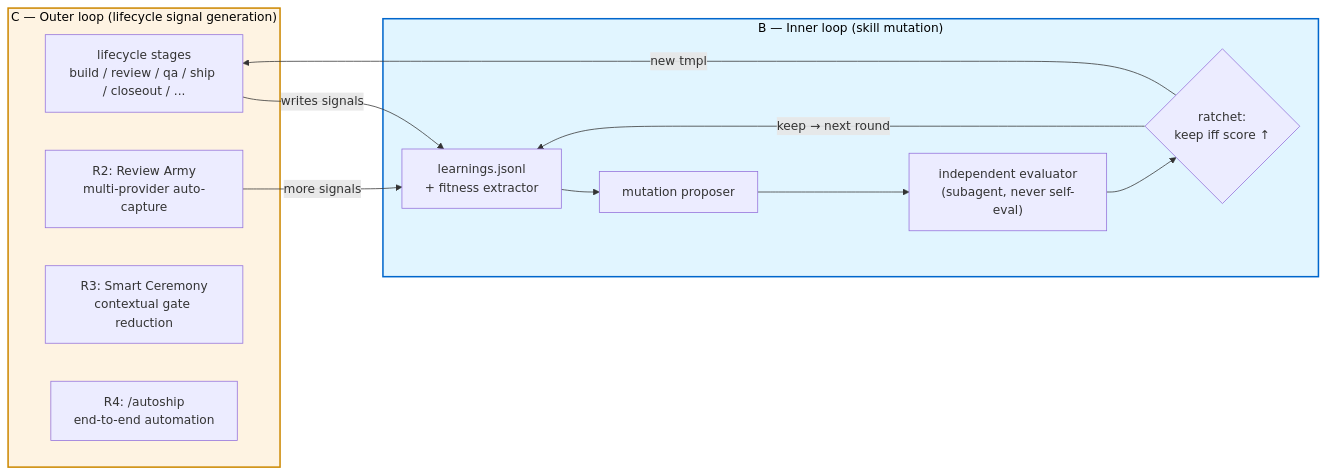
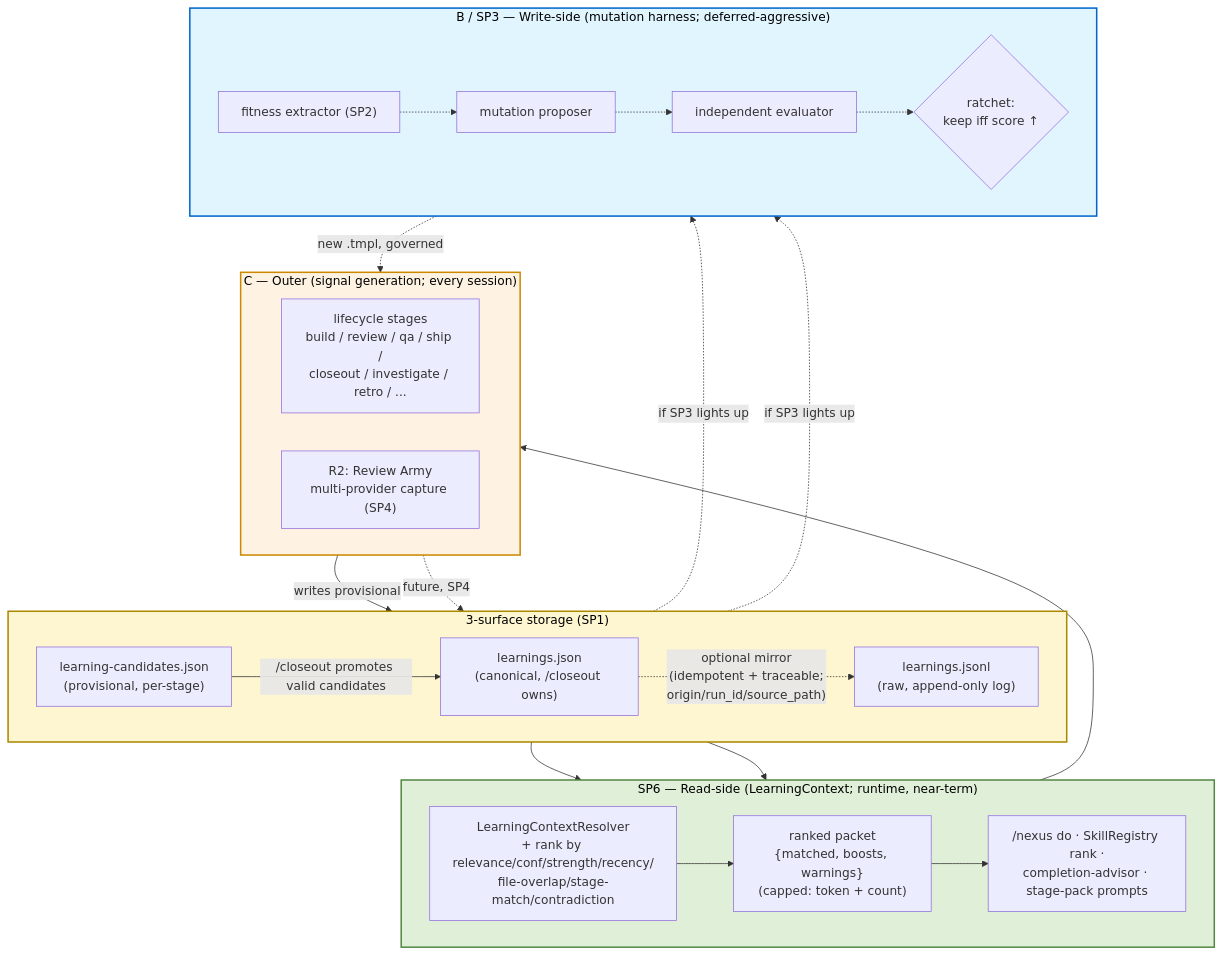
Before and after one commit to LaPaGaYo/nexus: the diagram in docs/designs/SELF_LEARNING_V1_META.md, drawn with Mermaid. The commit also changed other lines of this file, not shown here.

First line of the commit message:
docs(designs): V1_META v2 — absorb glaocon V1 feedback (5 issues + roadmap)

````diff
--- a/docs/designs/SELF_LEARNING_V1_META.md
+++ b/docs/designs/SELF_LEARNING_V1_META.md
@@ -30,29 +32,53 @@
 ```mermaid
-flowchart LR
-    subgraph Outer["C — Outer loop (lifecycle signal generation)"]
-        Stages["lifecycle stages<br/>build / review / qa / ship / closeout / ..."]
-        AutoCap["R2: Review Army<br/>multi-provider auto-capture"]
-        Smart["R3: Smart Ceremony<br/>contextual gate reduction"]
-        Auto["R4: /autoship<br/>end-to-end automation"]
+flowchart TB
+    subgraph C_Outer["C — Outer (signal generation; every session)"]
+        direction LR
+        Stages["lifecycle stages<br/>build / review / qa / ship /<br/>closeout / investigate / retro / ..."]
+        AutoCap["R2: Review Army<br/>multi-provider capture (SP4)"]
     end
 
-    subgraph Inner["B — Inner loop (skill mutation)"]
-        Signal["learnings.jsonl<br/>+ fitness extractor"]
-        Mutate["mutation proposer"]
-        Eval["independent evaluator<br/>(subagent, never self-eval)"]
+    subgraph S_Store["3-surface storage (SP1)"]
+        direction LR
+        Cand["learning-candidates.json<br/>(provisional, per-stage)"]
+        Canon["learnings.json<br/>(canonical, /closeout owns)"]
+        JSONL["learnings.jsonl<br/>(raw, append-only log)"]
+    end
+
+    subgraph SP6_Read["SP6 — Read-side (LearningContext; runtime, near-term)"]
+        direction LR
+        Resolver["LearningContextResolver<br/>+ rank by relevance/conf/strength/recency/<br/>file-overlap/stage-match/contradiction"]
+        Packet["ranked packet<br/>{matched, boosts, warnings}<br/>(capped: token + count)"]
+        Consumers["/nexus do · SkillRegistry rank ·<br/>completion-advisor · stage-pack prompts"]
+    end
+
+    subgraph B_Mut["B / SP3 — Write-side (mutation harness; deferred-aggressive)"]
+        direction LR
+        Fitness["fitness extractor (SP2)"]
+        Proposer["mutation proposer"]
+        Eval["independent evaluator"]
         Ratchet{"ratchet:<br/>keep iff score ↑"}
     end
 
-    Stages -->|"writes signals"| Signal
-    AutoCap -->|"more signals"| Signal
-    Signal --> Mutate
-    Mutate --> Eval
-    Eval --> Ratchet
-    Ratchet -->|"keep → next round"| Signal
-    Ratchet -->|"new tmpl"| Stages
+    Stages -->|"writes provisional"| Cand
+    AutoCap -.->|"future, SP4"| Cand
+    Cand -->|"/closeout promotes valid candidates"| Canon
+    Canon -.->|"optional mirror<br/>(idempotent + traceable;<br/>origin/run_id/source_path)"| JSONL
+    JSONL --> Resolver
+    Canon --> Resolver
+    Resolver --> Packet
+    Packet --> Consumers
+    Consumers --> Stages
+    JSONL -.->|"if SP3 lights up"| Fitness
+    Canon -.->|"if SP3 lights up"| Fitness
+    Fitness -.-> Proposer -.-> Eval -.-> Ratchet
+    Ratchet -.->|"new .tmpl, governed"| Stages
 
     classDef outer fill:#fef3e2,stroke:#cc8800,stroke-width:2px,color:#000
-    classDef inner fill:#e1f5ff,stroke:#0066cc,stroke-width:2px,color:#000
-    class Outer outer
-    class Inner inner
+    classDef storage fill:#fdf6d0,stroke:#aa8800,stroke-width:2px,color:#000
+    classDef read fill:#e0f0d8,stroke:#558844,stroke-width:2px,color:#000
+    classDef mut fill:#e1f5ff,stroke:#0066cc,stroke-width:2px,color:#000
+    class C_Outer outer
+    class S_Store storage
+    class SP6_Read read
+    class B_Mut mut
 ```
````
